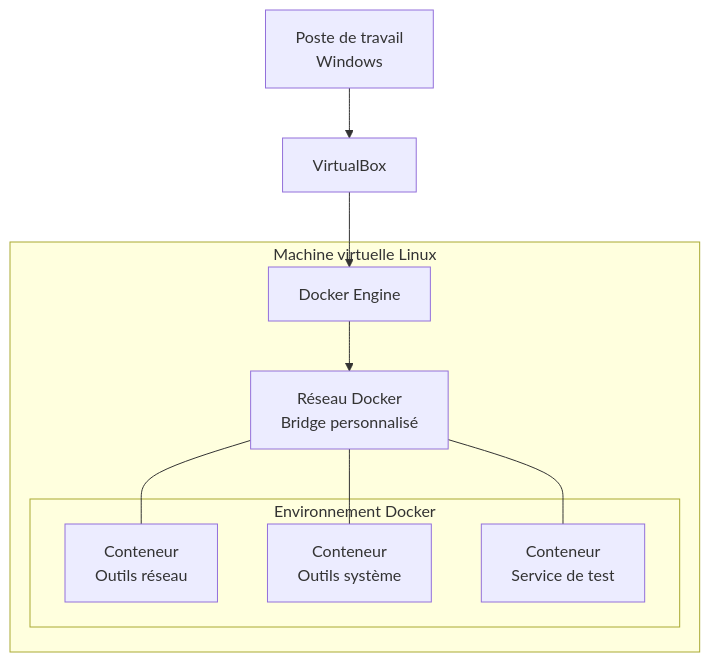
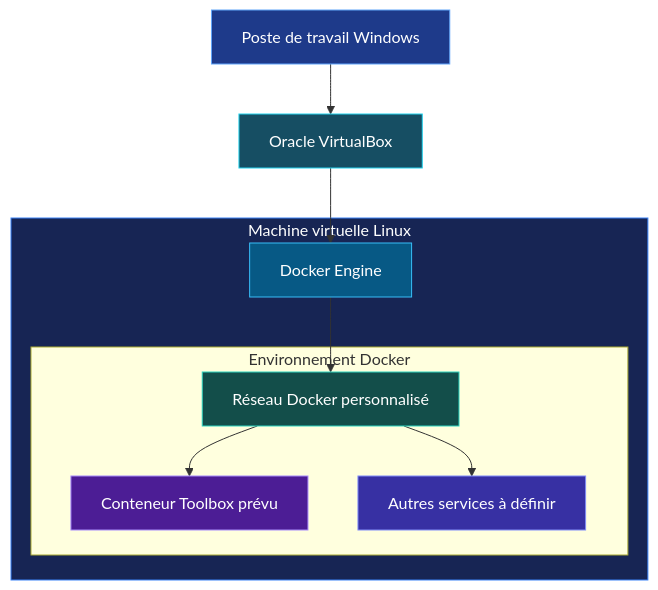
One commit to RufusTheDwarf/Docker-Network-Toolkit changed the diagram in README.md. Above: the diagram before and after it, drawn with Mermaid. The commit also changed other lines of this file, not shown here.

````diff
--- a/README.md
+++ b/README.md
@@ -50,24 +295,30 @@
 ```mermaid
 flowchart TB
-    PC["Poste de travail<br/>Windows"]
-    VB["VirtualBox"]
+    PC["Poste de travail Windows"]
+    VB["Oracle VirtualBox"]
 
     subgraph VM["Machine virtuelle Linux"]
         ENGINE["Docker Engine"]
-        BRIDGE["Réseau Docker<br/>Bridge personnalisé"]
 
-        subgraph CONTAINERS["Environnement Docker"]
-            TOOL1["Conteneur<br/>Outils réseau"]
-            TOOL2["Conteneur<br/>Outils système"]
-            TOOL3["Conteneur<br/>Service de test"]
+        subgraph DOCKER["Environnement Docker"]
+            NET["Réseau Docker personnalisé"]
+            TOOL["Conteneur Toolbox prévu"]
+            SERVICES["Autres services à définir"]
         end
 
-        ENGINE --> BRIDGE
-        BRIDGE --- TOOL1
-        BRIDGE --- TOOL2
-        BRIDGE --- TOOL3
+        ENGINE --> NET
+        NET --> TOOL
+        NET --> SERVICES
     end
 
     PC --> VB
     VB --> ENGINE
+
+    style PC fill:#1E3A8A,color:#fff,stroke:#60A5FA
+    style VB fill:#164E63,color:#fff,stroke:#22D3EE
+    style VM fill:#172554,color:#fff,stroke:#3B82F6
+    style ENGINE fill:#075985,color:#fff,stroke:#38BDF8
+    style NET fill:#134E4A,color:#fff,stroke:#2DD4BF
+    style TOOL fill:#4C1D95,color:#fff,stroke:#A78BFA
+    style SERVICES fill:#3730A3,color:#fff,stroke:#818CF8
 ```
````
